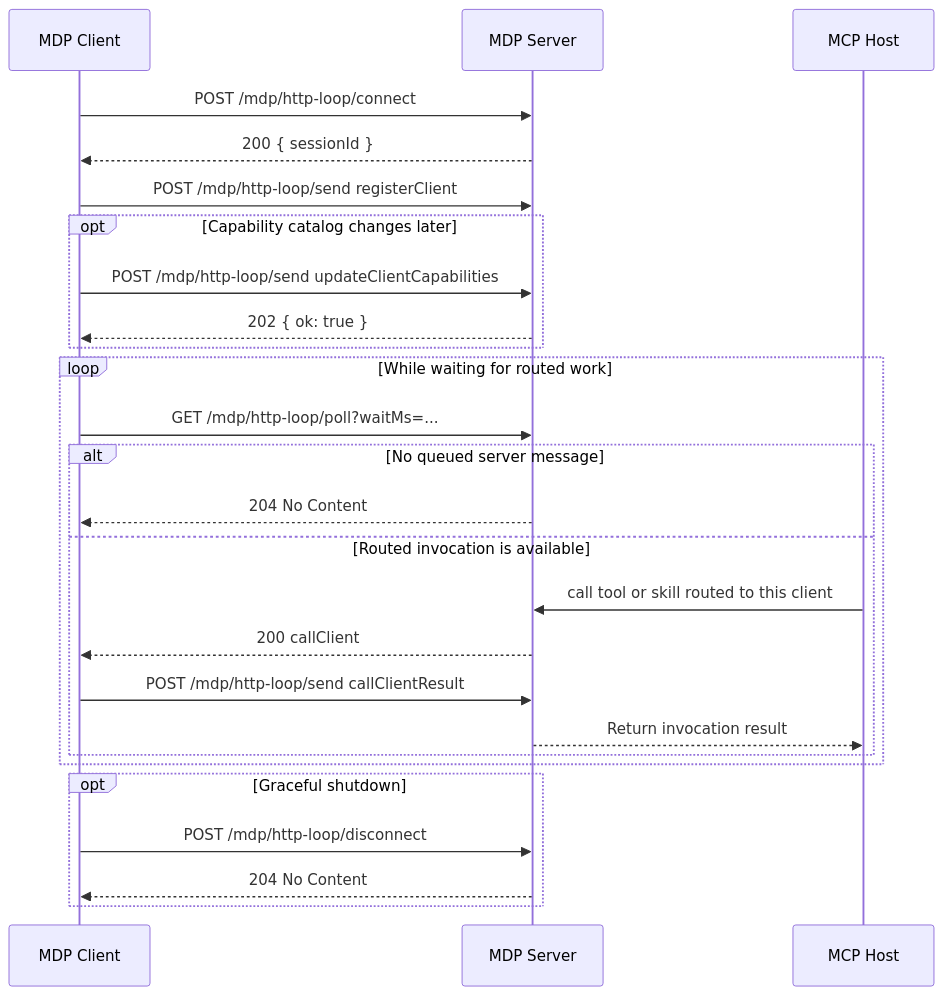
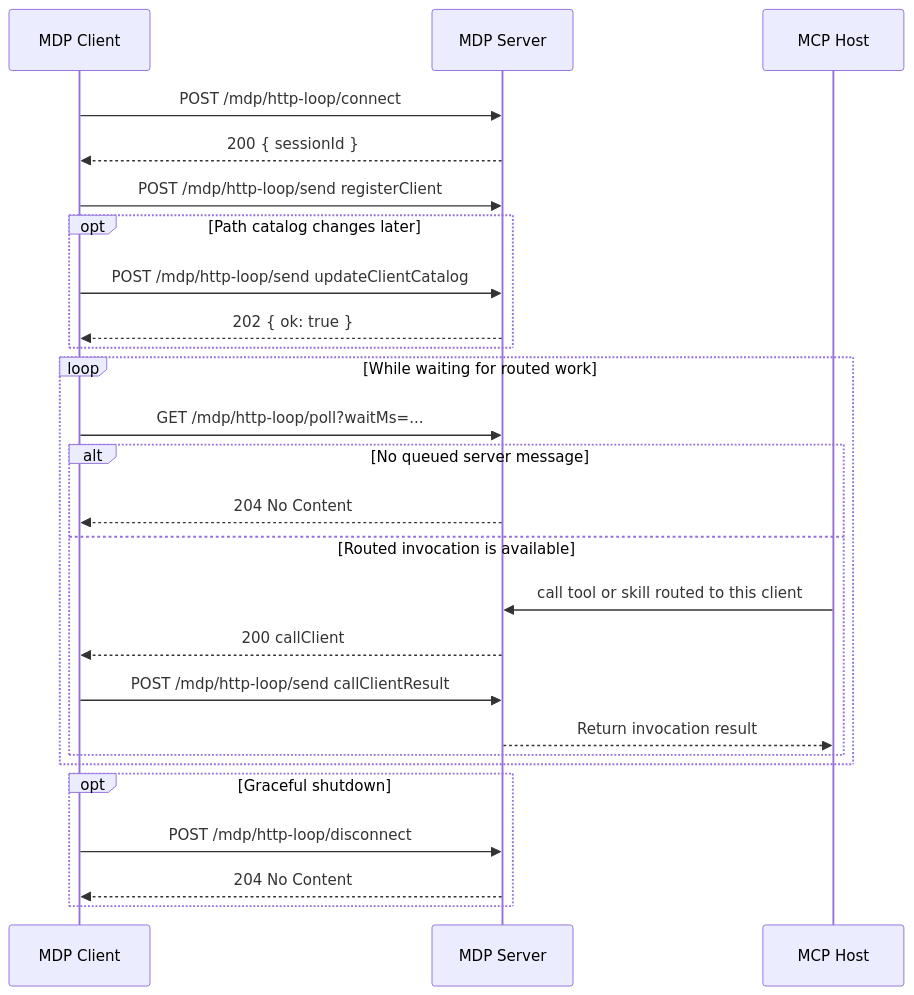
The diagram in docs/server/api/http-loop-connection.md (modeldriveprotocol/modeldriveprotocol), drawn with Mermaid before and after one commit. The commit also changed other lines of this file and 60 other files, not shown here.

````diff
--- a/docs/server/api/http-loop-connection.md
+++ b/docs/server/api/http-loop-connection.md
@@ -55,32 +55,32 @@
 ```mermaid
 sequenceDiagram
   participant Client as MDP Client
   participant Server as MDP Server
   participant Host as MCP Host
 
   Client->>Server: POST /mdp/http-loop/connect
   Server-->>Client: 200 { sessionId }
   Client->>Server: POST /mdp/http-loop/send registerClient
 
-  opt Capability catalog changes later
-    Client->>Server: POST /mdp/http-loop/send updateClientCapabilities
+  opt Path catalog changes later
+    Client->>Server: POST /mdp/http-loop/send updateClientCatalog
     Server-->>Client: 202 { ok: true }
   end
 
   loop While waiting for routed work
     Client->>Server: GET /mdp/http-loop/poll?waitMs=...
     alt No queued server message
       Server-->>Client: 204 No Content
     else Routed invocation is available
       Host->>Server: call tool or skill routed to this client
       Server-->>Client: 200 callClient
       Client->>Server: POST /mdp/http-loop/send callClientResult
       Server-->>Host: Return invocation result
     end
   end
 
   opt Graceful shutdown
     Client->>Server: POST /mdp/http-loop/disconnect
     Server-->>Client: 204 No Content
   end
 ```
````
